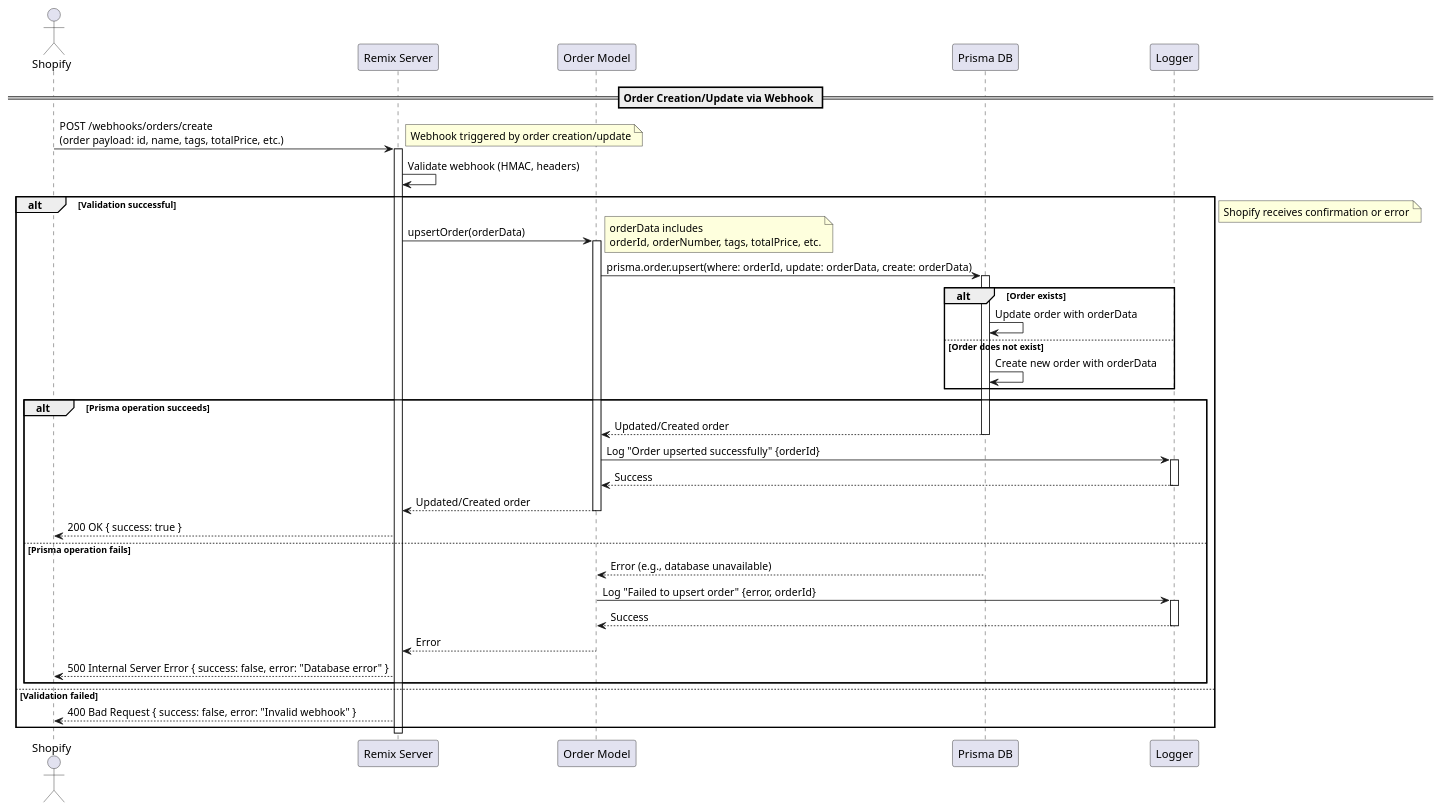
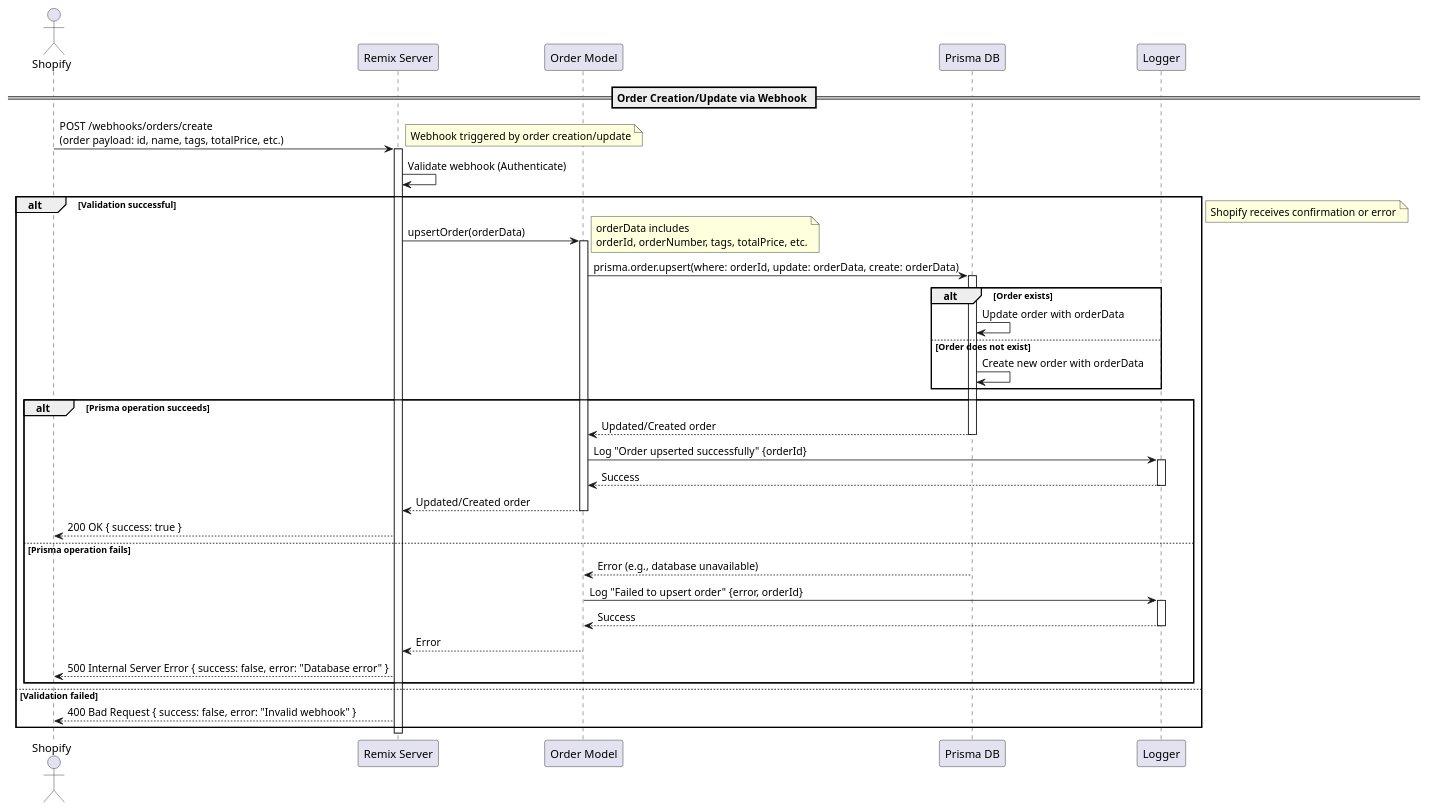
The diagram in docs/order_creation_update_via_webhook.wsd (datdd/remix-app-store), drawn with PlantUML before and after one commit. The commit also changed 9 other files, not shown here.

```diff
--- a/docs/order_creation_update_via_webhook.wsd
+++ b/docs/order_creation_update_via_webhook.wsd
@@ -1,54 +1,54 @@
 @startuml
 actor Shopify
 participant "Remix Server" as Server
 participant "Order Model" as OrderModel
 participant "Prisma DB" as Prisma
 participant "Logger" as Logger
 
 == Order Creation/Update via Webhook ==
 Shopify -> Server: POST /webhooks/orders/create\n(order payload: id, name, tags, totalPrice, etc.)
 activate Server
 note right: Webhook triggered by order creation/update
 
-Server -> Server: Validate webhook (HMAC, headers)
+Server -> Server: Validate webhook (Authenticate)
 alt Validation successful
     Server -> OrderModel: upsertOrder(orderData)
     activate OrderModel
     note right: orderData includes\norderId, orderNumber, tags, totalPrice, etc.
 
     OrderModel -> Prisma: prisma.order.upsert(where: orderId, update: orderData, create: orderData)
     activate Prisma
     alt Order exists
         Prisma -> Prisma: Update order with orderData
     else Order does not exist
         Prisma -> Prisma: Create new order with orderData
     end
     alt Prisma operation succeeds
         Prisma --> OrderModel: Updated/Created order
         deactivate Prisma
         OrderModel -> Logger: Log "Order upserted successfully" {orderId}
         activate Logger
         Logger --> OrderModel: Success
         deactivate Logger
         OrderModel --> Server: Updated/Created order
         deactivate OrderModel
         Server --> Shopify: 200 OK { success: true }
     else Prisma operation fails
         Prisma --> OrderModel: Error (e.g., database unavailable)
         deactivate Prisma
         OrderModel -> Logger: Log "Failed to upsert order" {error, orderId}
         activate Logger
         Logger --> OrderModel: Success
         deactivate Logger
         OrderModel --> Server: Error
         deactivate OrderModel
         Server --> Shopify: 500 Internal Server Error { success: false, error: "Database error" }
     end
 else Validation failed
     Server --> Shopify: 400 Bad Request { success: false, error: "Invalid webhook" }
 end
 
 deactivate Server
 note right: Shopify receives confirmation or error
 
 @enduml
```
